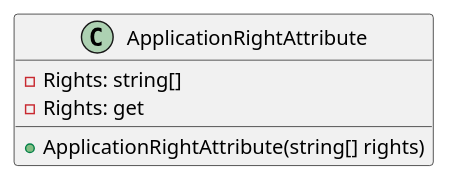
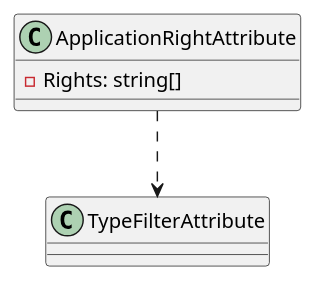
Before and after one commit to mwwhited-forks/dotnet-libs: the first of 3 diagrams in docs/generated/Framework/Eliassen.AspNetCore.Abstractions/Mvc/Filters/Documentation.md, drawn with PlantUML. The commit also changed other lines of this file and 444 other files, not shown here.

````diff
--- a/docs/generated/Framework/Eliassen.AspNetCore.Abstractions/Mvc/Filters/Documentation.md
+++ b/docs/generated/Framework/Eliassen.AspNetCore.Abstractions/Mvc/Filters/Documentation.md
@@ -5,9 +29,8 @@
 ```plantuml
 @startuml
 class ApplicationRightAttribute {
-  -Rights: string[]
-  +ApplicationRightAttribute(string[] rights)
-  -Rights: get
+  - Rights: string[]
 }
+ApplicationRightAttribute ..> TypeFilterAttribute
 @enduml
 ```
````
